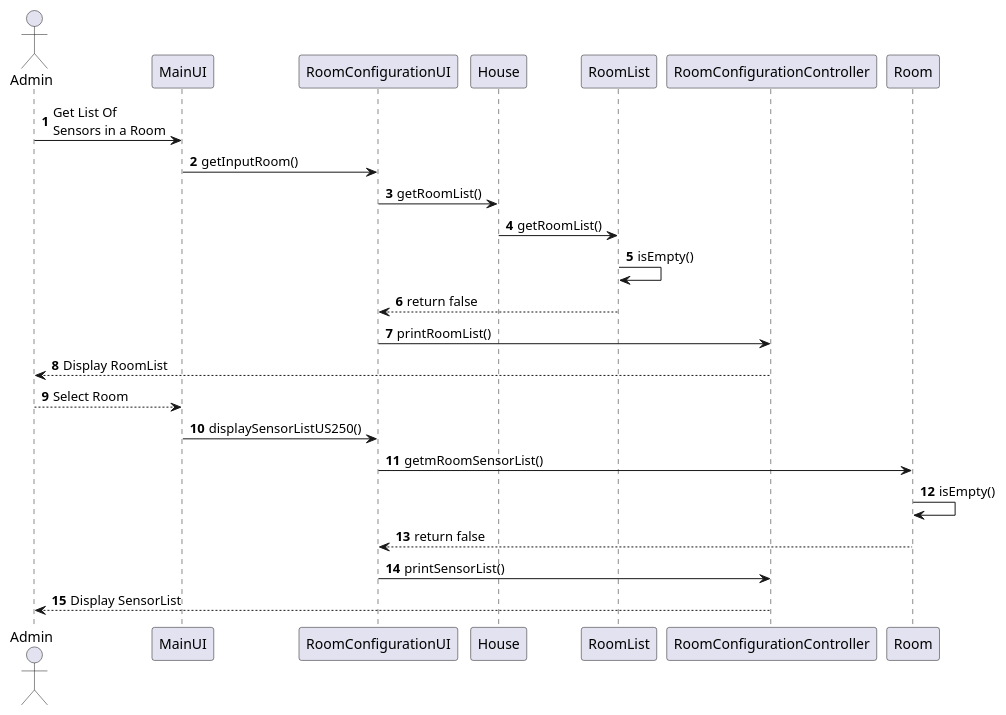
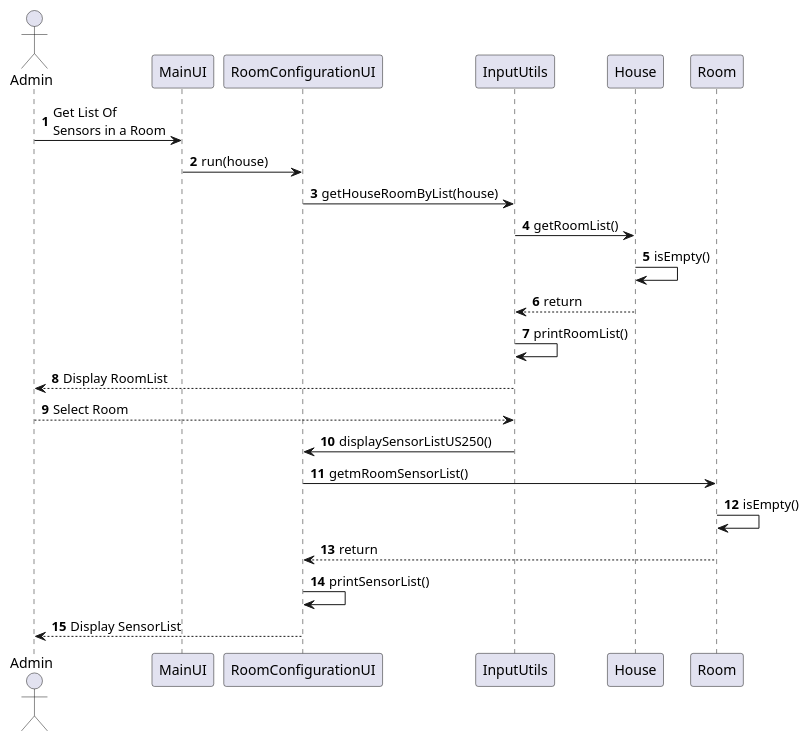
One commit to Almadanmp/project changed the diagram in uml/US250.puml. Above: the diagram before and after it, drawn with PlantUML.

Commit message:
#64 Update UML

```diff
--- a/uml/US250.puml
+++ b/uml/US250.puml
@@ -1,19 +1,19 @@
 @startuml
 autonumber
 actor Admin
 Admin -> MainUI: Get List Of\nSensors in a Room
-MainUI -> RoomConfigurationUI: getInputRoom()
-RoomConfigurationUI -> House: getRoomList()
-House -> RoomList: getRoomList()
-RoomList -> RoomList: isEmpty()
-RoomList --> RoomConfigurationUI: return false
-RoomConfigurationUI -> RoomConfigurationController: printRoomList()
-RoomConfigurationController --> Admin: Display RoomList
-Admin --> MainUI: Select Room
-MainUI -> RoomConfigurationUI: displaySensorListUS250()
+MainUI -> RoomConfigurationUI: run(house)
+RoomConfigurationUI -> InputUtils: getHouseRoomByList(house)
+InputUtils -> House: getRoomList()
+House -> House: isEmpty()
+House --> InputUtils: return
+InputUtils -> InputUtils: printRoomList()
+InputUtils --> Admin: Display RoomList
+Admin --> InputUtils: Select Room
+InputUtils -> RoomConfigurationUI: displaySensorListUS250()
 RoomConfigurationUI -> Room : getmRoomSensorList()
 Room -> Room: isEmpty()
-Room --> RoomConfigurationUI: return false
-RoomConfigurationUI -> RoomConfigurationController: printSensorList()
-RoomConfigurationController --> Admin: Display SensorList
+Room --> RoomConfigurationUI: return
+RoomConfigurationUI -> RoomConfigurationUI: printSensorList()
+RoomConfigurationUI --> Admin: Display SensorList
 @enduml
```
